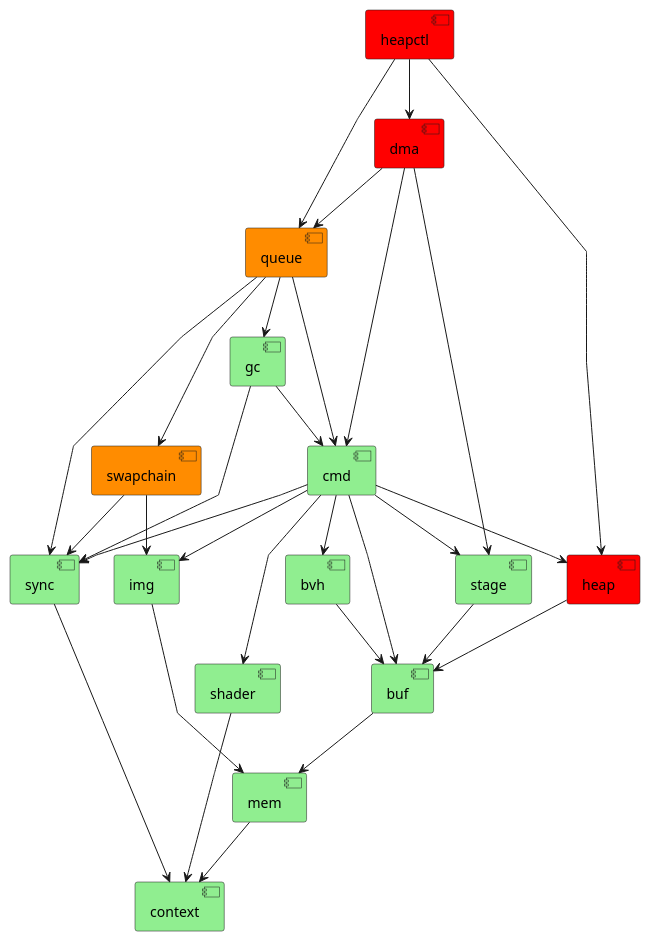
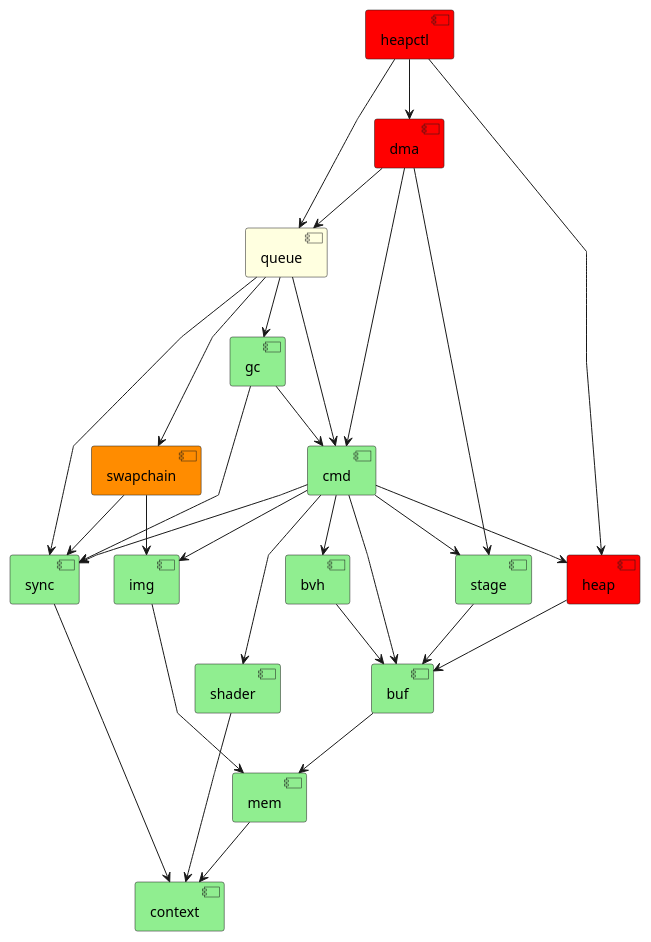
The diagram in rhi.puml (kistenklaus/strobe-game-engine), drawn with PlantUML before and after one commit. The commit also changed 36 other files, not shown here.

```diff
--- a/rhi.puml
+++ b/rhi.puml
@@ -1,65 +1,65 @@
 @startuml
 skinparam linetype polyline
 
 component "context" as context #LightGreen
 Component "mem" as mem #LightGreen
 
 component "shader" as shader #LightGreen
 component "sync" as sync #LightGreen
 component "buf" as buf #LightGreen
 component "img" as img #LightGreen
 component "bvh" as bvh #LightGreen
 component "swapchain" as swapchain #DarkOrange
 
 
 component "stage" as stage #LightGreen
 component "cmd" as cmd #LightGreen
-component "queue" as queue #DarkOrange
+component "queue" as queue #LightYellow
 component "gc" as gc #LightGreen
 
 
 component "dma" as dma #Red
 component "heap" as heap #Red
 
 component "heapctl" as heapctl #Red
 
 [shader] --> [context]
 [sync] --> [context]
 [mem] --> [context]
 
 [buf] --> [mem]
 [img] --> [mem]
 
 [bvh] --> [buf]
 
 [stage] --> [buf]
 
 [cmd] --> [buf]
 [cmd] --> [img]
 [cmd] --> [bvh]
 [cmd] --> [shader]
 [cmd] --> [stage]
 
 [cmd] --> [heap]
 [cmd] --> [sync]
 
 [swapchain] --> [img]
 [swapchain] --> [sync]
 [queue] --> [swapchain]
 
 [queue] --> [gc]
 [gc] --> [sync]
 [gc] --> [cmd]
 [queue] -> [cmd]
 [queue] -> [sync]
 
 [dma] --> [queue]
 [dma] --> [stage]
 [dma] --> [cmd]
 
 [heap] --> [buf]
 [heapctl] --> [heap]
 [heapctl] --> [dma]
 [heapctl] --> [queue]
 
 @enduml
```
